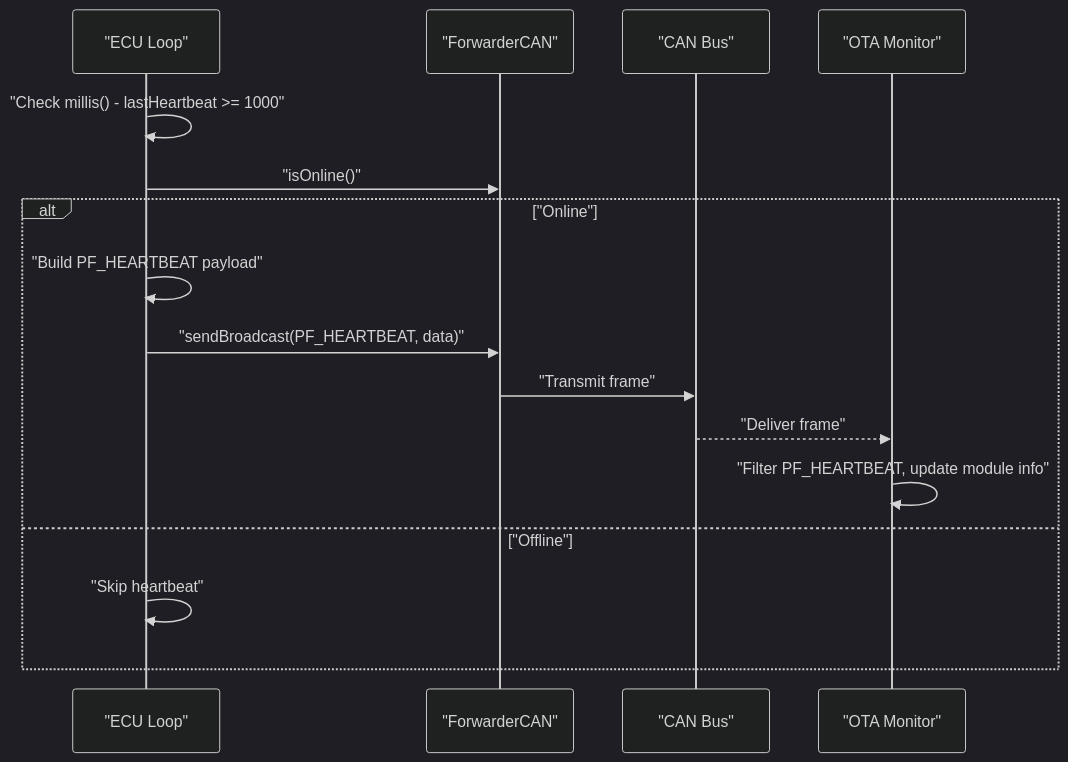
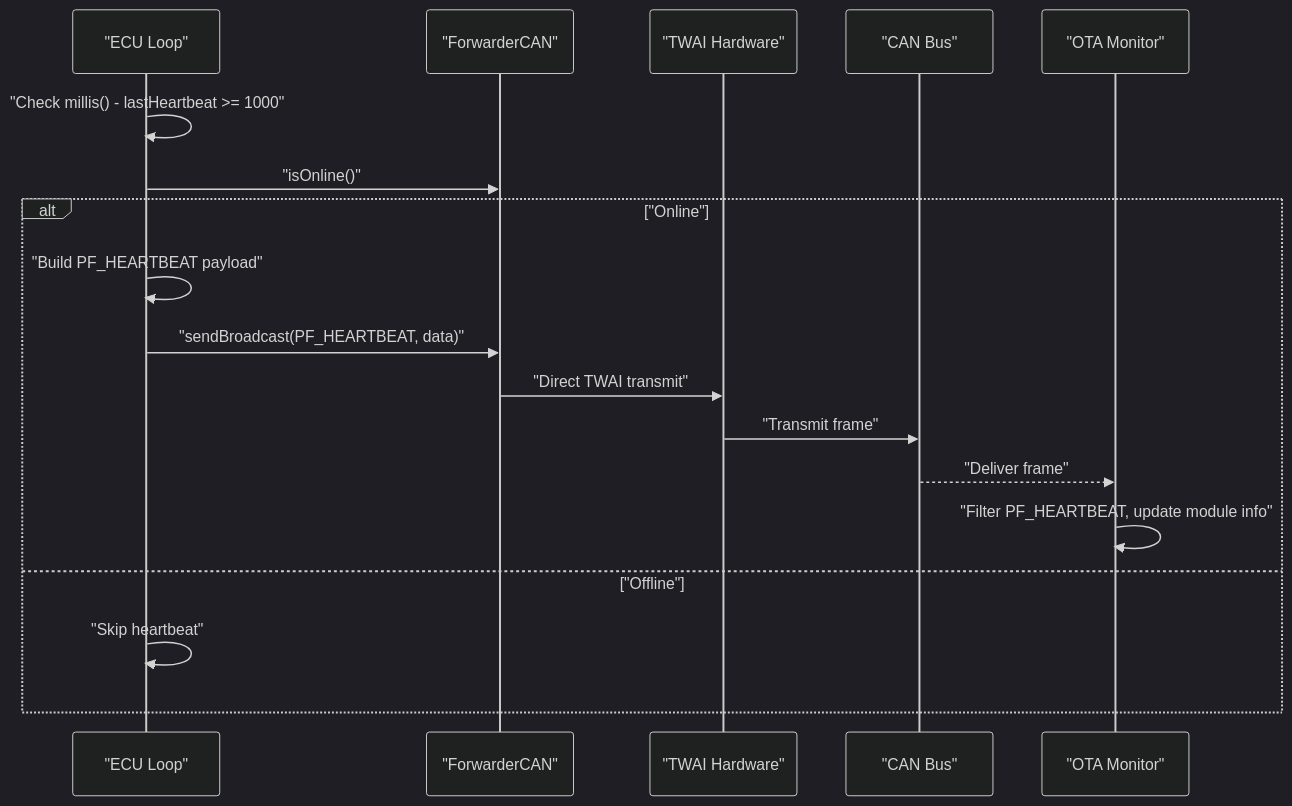
Before and after one commit to gunicsba/ESP_CAN_ECU_joystick_collection: the second of 7 diagrams in .qoder/repowiki/en/content/ECU Implementations/Motor Driver ECU/Heartbeat Message Generation.md, drawn with Mermaid (dark theme). The commit also changed other lines of this file and 15 other files, not shown here.

````diff
--- a/.qoder/repowiki/en/content/ECU Implementations/Motor Driver ECU/Heartbeat Message Generation.md
+++ b/.qoder/repowiki/en/content/ECU Implementations/Motor Driver ECU/Heartbeat Message Generation.md
@@ -89,18 +98,20 @@
 ```mermaid
 sequenceDiagram
 participant ECU as "ECU Loop"
 participant CAN as "ForwarderCAN"
+participant HW as "TWAI Hardware"
 participant BUS as "CAN Bus"
 participant MON as "OTA Monitor"
 ECU->>ECU : "Check millis() - lastHeartbeat >= 1000"
 ECU->>CAN : "isOnline()"
 alt "Online"
 ECU->>ECU : "Build PF_HEARTBEAT payload"
 ECU->>CAN : "sendBroadcast(PF_HEARTBEAT, data)"
-CAN->>BUS : "Transmit frame"
+CAN->>HW : "Direct TWAI transmit"
+HW->>BUS : "Transmit frame"
 BUS-->>MON : "Deliver frame"
 MON->>MON : "Filter PF_HEARTBEAT, update module info"
 else "Offline"
 ECU->>ECU : "Skip heartbeat"
 end
 ```
````
